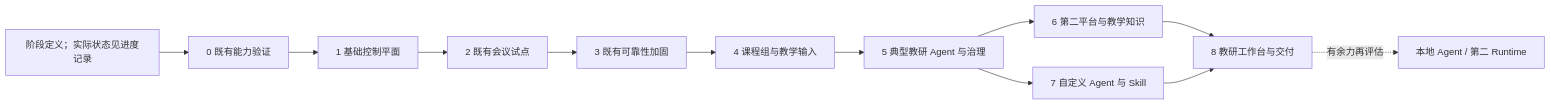
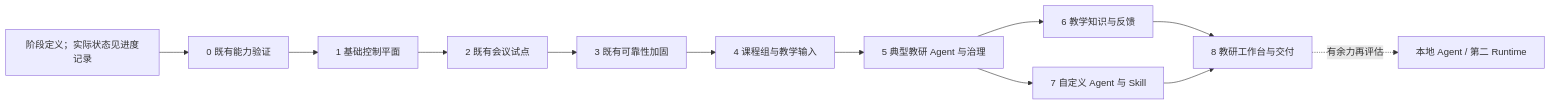
The fifth of 5 diagrams in docs/FDE-Agent-组织管理系统-计划书.md (sixeat/FDE_Feisu_agents), drawn with Mermaid before and after one commit. The commit also changed other lines of this file and 7 other files, not shown here.

````diff
--- a/docs/FDE-Agent-组织管理系统-计划书.md
+++ b/docs/FDE-Agent-组织管理系统-计划书.md
@@ -1310,14 +1307,14 @@
 ```mermaid
 flowchart LR
     D[阶段定义；实际状态见进度记录] --> V[0 既有能力验证]
     V --> C[1 基础控制平面]
     C --> M[2 既有会议试点]
     M --> R[3 既有可靠性加固]
     R --> P[4 课程组与教学输入]
     P --> G[5 典型教研 Agent 与治理]
-    G --> K[6 第二平台与教学知识]
+    G --> K[6 教学知识与反馈]
     G --> S[7 自定义 Agent 与 Skill]
     K --> H[8 教研工作台与交付]
     S --> H
     H -.有余力再评估.-> X[本地 Agent / 第二 Runtime]
 ```
````
